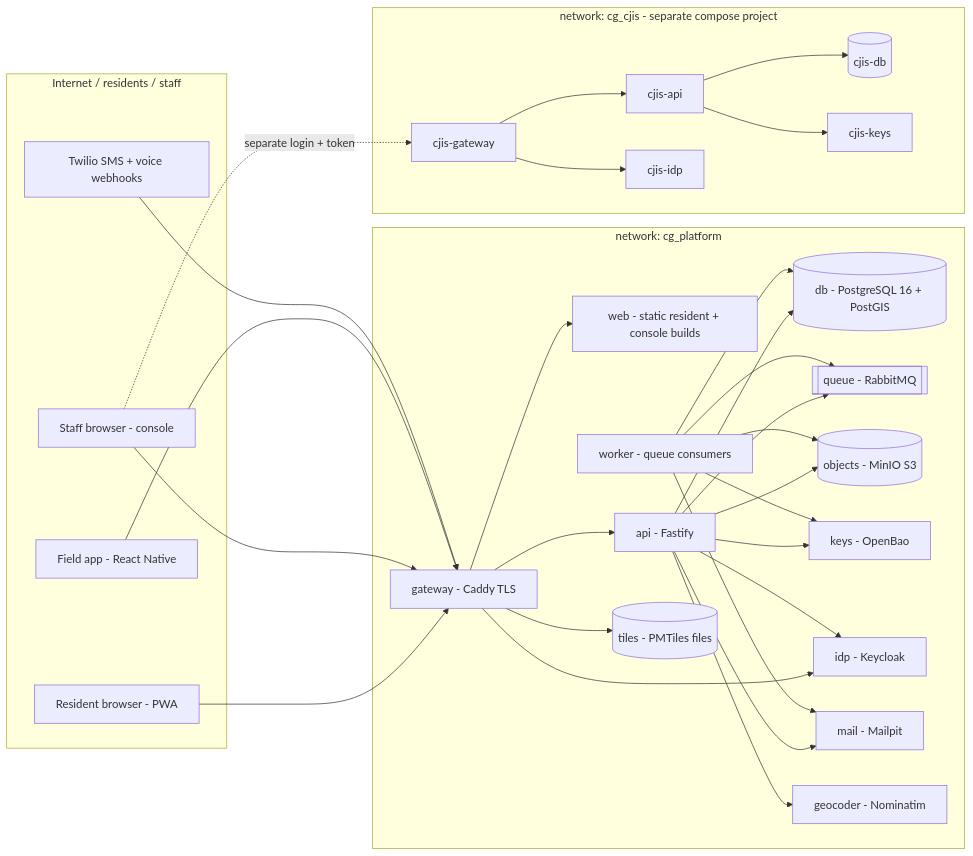
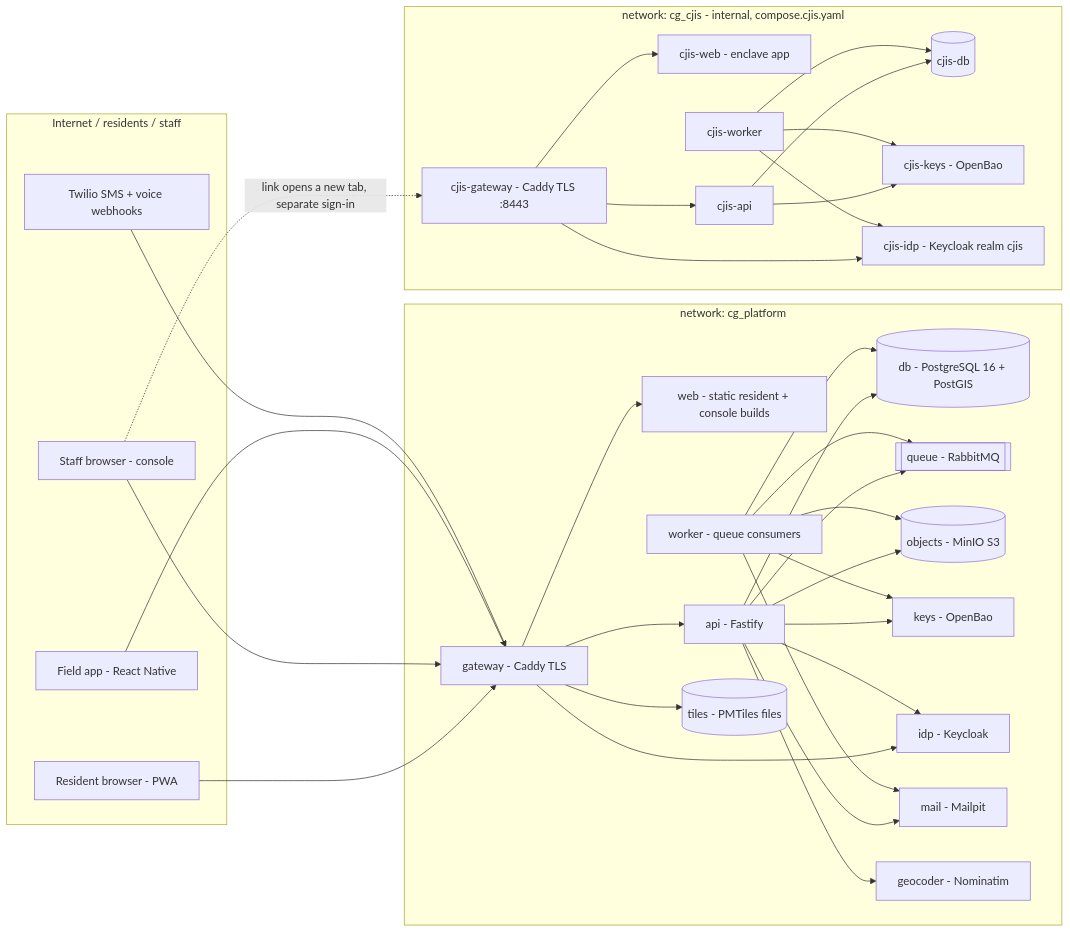
The diagram in docs/architecture.md (Mennelabs/EOC-Application), drawn with Mermaid before and after one commit. The commit also changed other lines of this file and 13 other files, not shown here.

First line of the commit message:
Layer 5 H: ADRs, architecture, traceability, report, README and accessibility record for the enclave

````diff
--- a/docs/architecture.md
+++ b/docs/architecture.md
@@ -18,41 +18,43 @@
 ```mermaid
 flowchart LR
   subgraph public[Internet / residents / staff]
     R[Resident browser - PWA]
     S[Staff browser - console]
     F[Field app - React Native]
     T[Twilio SMS + voice webhooks]
   end
 
   subgraph platform[network: cg_platform]
     GW[gateway - Caddy TLS]
     WEB[web - static resident + console builds]
     API[api - Fastify]
     WRK[worker - queue consumers]
     DB[(db - PostgreSQL 16 + PostGIS)]
     Q[[queue - RabbitMQ]]
     OBJ[(objects - MinIO S3)]
     KEYS[keys - OpenBao]
     IDP[idp - Keycloak]
     MAIL[mail - Mailpit]
     GEO[geocoder - Nominatim]
     TILES[(tiles - PMTiles files)]
   end
 
-  subgraph cjis[network: cg_cjis - separate compose project]
-    CGW[cjis-gateway]
+  subgraph cjis[network: cg_cjis - internal, compose.cjis.yaml]
+    CGW[cjis-gateway - Caddy TLS :8443]
+    CWEB[cjis-web - enclave app]
     CAPI[cjis-api]
+    CWRK[cjis-worker]
     CDB[(cjis-db)]
-    CKEYS[cjis-keys]
-    CIDP[cjis-idp]
+    CKEYS[cjis-keys - OpenBao]
+    CIDP[cjis-idp - Keycloak realm cjis]
   end
 
   R & S & F & T --> GW
   GW --> WEB & API & IDP & TILES
   API --> DB & Q & OBJ & KEYS & IDP & GEO & MAIL
   WRK --> DB & Q & OBJ & KEYS & MAIL
-  S -. separate login + token .-> CGW
-  CGW --> CAPI --> CDB
-  CAPI --> CKEYS
-  CGW --> CIDP
+  S -. link opens a new tab, separate sign-in .-> CGW
+  CGW --> CWEB & CAPI & CIDP
+  CAPI --> CDB & CKEYS
+  CWRK --> CDB & CKEYS & CIDP
 ```
````
